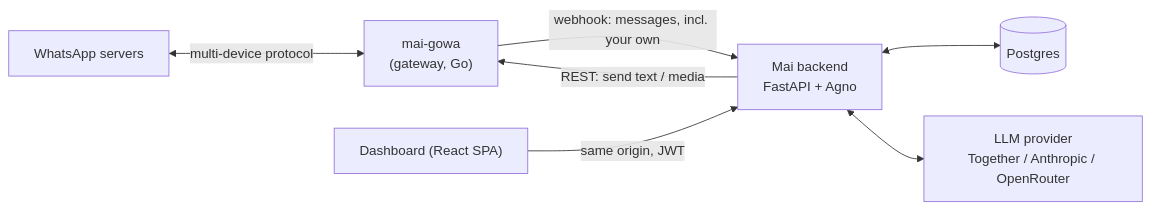
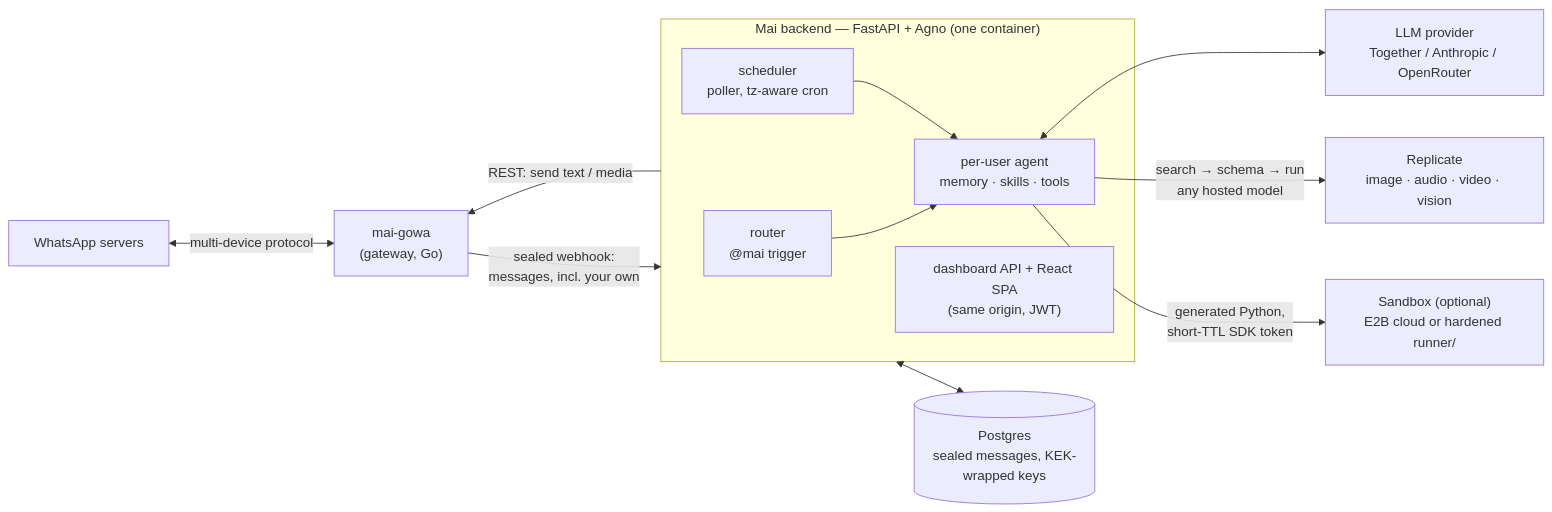
Before and after one commit to XiRoSe/MAI_super_agent_for_whatsapp_opensource: the diagram in README.md, drawn with Mermaid. The commit also changed other lines of this file, not shown here.

Commit message:
docs(readme): richer 'How it works' diagram — scheduler, Replicate, sandbox, sealed storage
Claude-Session: https://claude.ai/code/session_013twWQpEPQoEjdjxxo7EjMU

````diff
--- a/README.md
+++ b/README.md
@@ -132,9 +132,17 @@
 ```mermaid
 flowchart LR
   WA[WhatsApp servers] <-->|multi-device protocol| G["mai-gowa<br/>(gateway, Go)"]
-  G -->|"webhook: messages, incl. your own"| B["Mai backend<br/>FastAPI + Agno"]
+  G -->|"sealed webhook:<br/>messages, incl. your own"| B
+
+  subgraph B["Mai backend — FastAPI + Agno (one container)"]
+    R["router<br/>@mai trigger"] --> A["per-user agent<br/>memory · skills · tools"]
+    S["scheduler<br/>poller, tz-aware cron"] --> A
+    D["dashboard API + React SPA<br/>(same origin, JWT)"]
+  end
+
   B -->|"REST: send text / media"| G
-  B <--> P[(Postgres)]
-  B <--> LLM["LLM provider<br/>Together / Anthropic / OpenRouter"]
-  D["Dashboard (React SPA)"] -->|same origin, JWT| B
+  B <--> P[("Postgres<br/>sealed messages, KEK-wrapped keys")]
+  A <--> LLM["LLM provider<br/>Together / Anthropic / OpenRouter"]
+  A -->|"search → schema → run<br/>any hosted model"| REP["Replicate<br/>image · audio · video · vision"]
+  A -->|"generated Python,<br/>short-TTL SDK token"| SBX["Sandbox (optional)<br/>E2B cloud or hardened runner/"]
 ```
````
